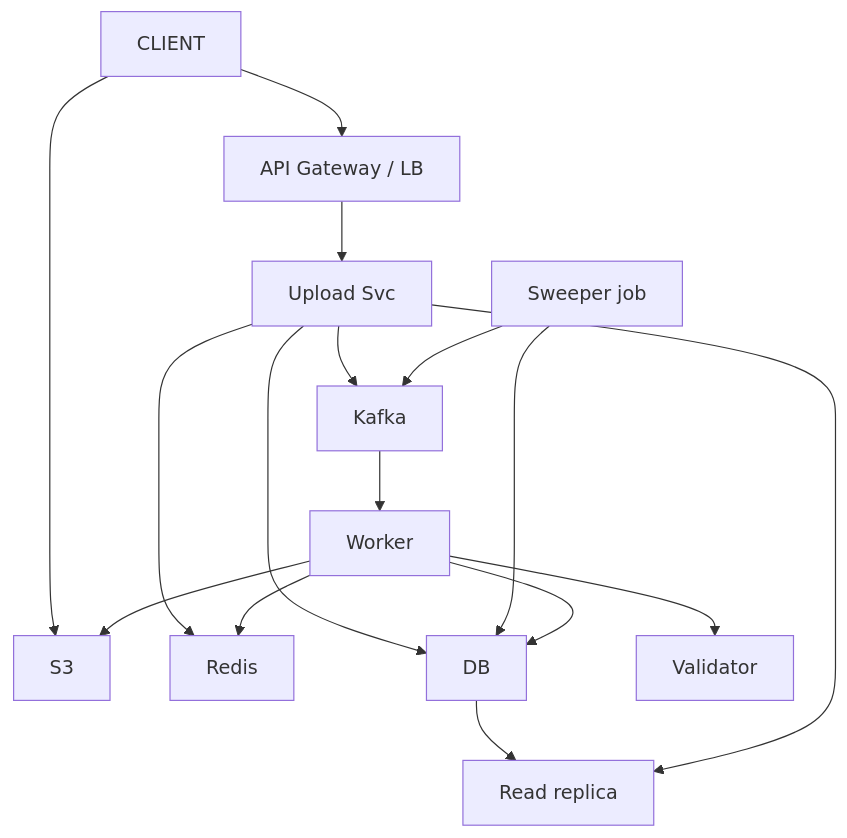
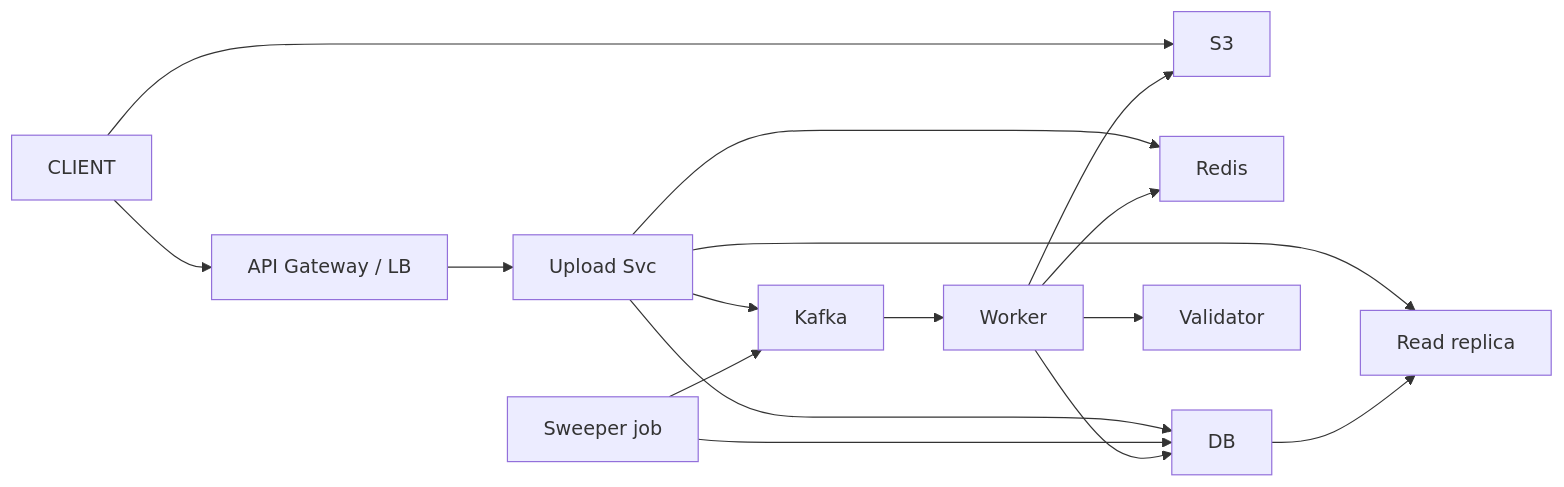
Diagram 11 of 11 in 04_HLD/SYSTEM_DESIGNS/07_file_upload_validate_system/07_file_upload_INTERVIEW.md (ArpanMaheshwari144/Prep), drawn with Mermaid before and after one commit. The commit also changed other lines of this file and 2 other files, not shown here.

Commit message:
notification, payment, file upload: one-day story, short cards, follow-ups with rules, highlighted diagrams

````diff
--- a/04_HLD/SYSTEM_DESIGNS/07_file_upload_validate_system/07_file_upload_INTERVIEW.md
+++ b/04_HLD/SYSTEM_DESIGNS/07_file_upload_validate_system/07_file_upload_INTERVIEW.md
@@ -476,29 +485,29 @@
 ```mermaid
-flowchart TD
+flowchart LR
     n_CLIENT["CLIENT"]
     n_S3["S3"]
     n_API_Gateway_LB["API Gateway / LB"]
     n_Upload_Svc["Upload Svc"]
     n_Redis["Redis"]
     n_DB["DB"]
     n_Read_replica["Read replica"]
     n_Sweeper_job["Sweeper job"]
     n_Kafka["Kafka"]
     n_Worker["Worker"]
     n_Validator["Validator"]
     n_CLIENT --> n_S3
     n_CLIENT --> n_API_Gateway_LB
     n_API_Gateway_LB --> n_Upload_Svc
     n_Upload_Svc --> n_Redis
     n_Upload_Svc --> n_DB
+    n_Upload_Svc --> n_Read_replica
+    n_DB --> n_Read_replica
     n_Upload_Svc --> n_Kafka
-    n_DB --> n_Read_replica
     n_Sweeper_job --> n_DB
+    n_Sweeper_job --> n_Kafka
     n_Kafka --> n_Worker
     n_Worker --> n_Validator
     n_Worker --> n_DB
     n_Worker --> n_Redis
-    n_Upload_Svc --> n_Read_replica
-    n_Sweeper_job --> n_Kafka
     n_Worker --> n_S3
 ```
````
